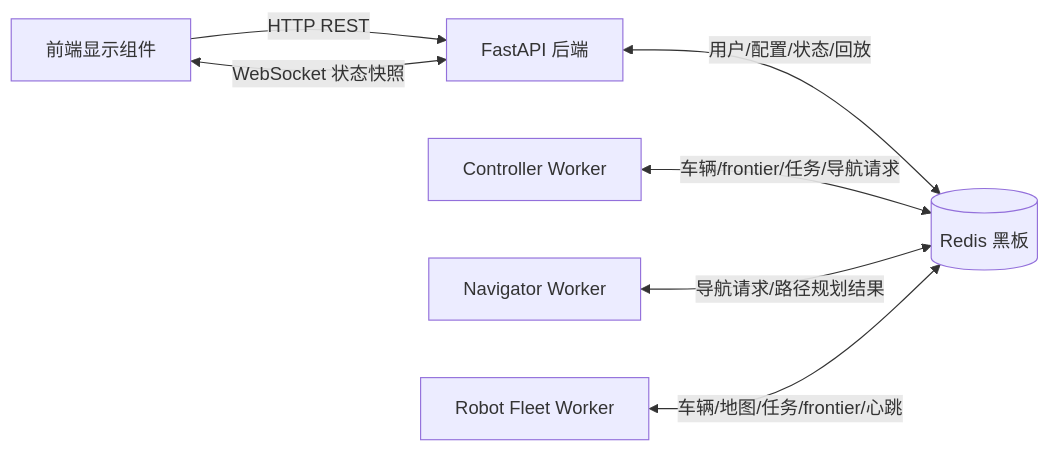
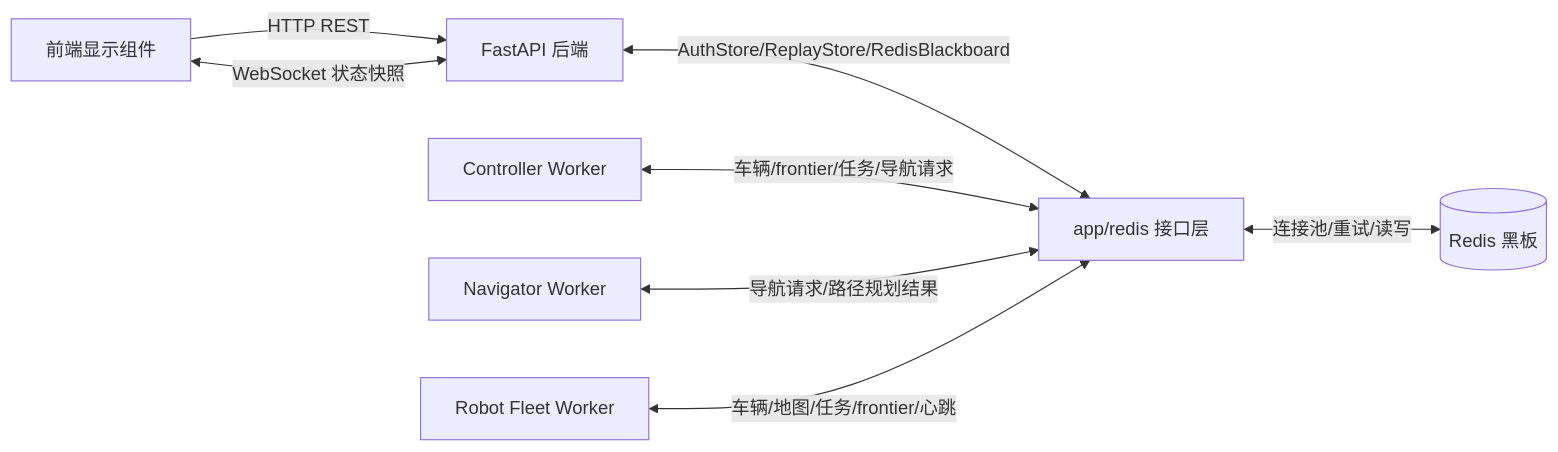
One commit to xuwenjinnb/Blackboard-Based-Multi-Robot-Exploration-System changed the first of 4 diagrams in fig/接口设计/接口设计.md. Above: the diagram before and after it, drawn with Mermaid. The commit also changed other lines of this file and 37 other files, not shown here.

````diff
--- a/fig/接口设计/接口设计.md
+++ b/fig/接口设计/接口设计.md
@@ -70,11 +484,12 @@
 ```mermaid
 flowchart LR
     UI[前端显示组件] -->|HTTP REST| API[FastAPI 后端]
     UI <-->|WebSocket 状态快照| API
 
-    API <-->|用户/配置/状态/回放| Redis[(Redis 黑板)]
+    API <-->|AuthStore/ReplayStore/RedisBlackboard| RedisLayer[app/redis 接口层]
+    RedisLayer <-->|连接池/重试/读写| Redis[(Redis 黑板)]
 
-    Controller[Controller Worker] <-->|车辆/frontier/任务/导航请求| Redis
-    Navigator[Navigator Worker] <-->|导航请求/路径规划结果| Redis
-    Robot[Robot Fleet Worker] <-->|车辆/地图/任务/frontier/心跳| Redis
+    Controller[Controller Worker] <-->|车辆/frontier/任务/导航请求| RedisLayer
+    Navigator[Navigator Worker] <-->|导航请求/路径规划结果| RedisLayer
+    Robot[Robot Fleet Worker] <-->|车辆/地图/任务/frontier/心跳| RedisLayer
 ```
````
